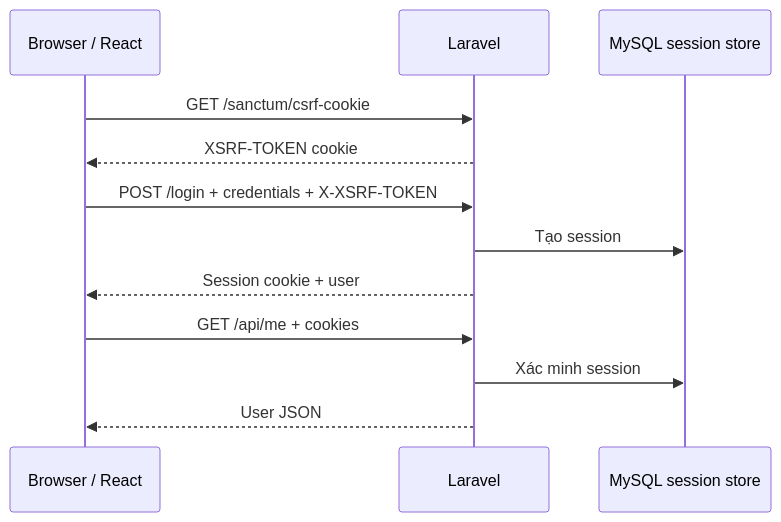
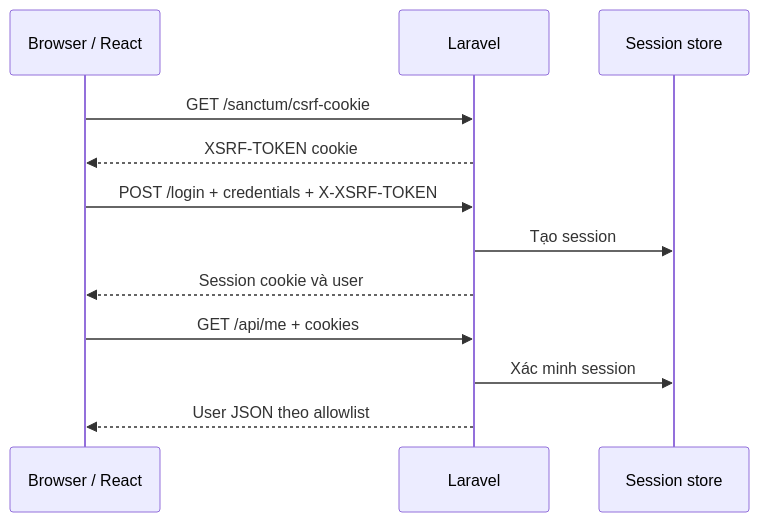
One commit to HuynhDoHoangNguyen/laravel-react-stayhub changed the second of 4 diagrams in ARCHITECTURE.md. Above: the diagram before and after it, drawn with Mermaid. The commit also changed other lines of this file and 188 other files, not shown here.

First line of the commit message:
refactor: standardize layered architecture and integrate host catalog

````diff
--- a/ARCHITECTURE.md
+++ b/ARCHITECTURE.md
@@ -512,15 +320,15 @@
-```mermaid
+~~~mermaid
 sequenceDiagram
     participant B as Browser / React
     participant L as Laravel
-    participant D as MySQL session store
+    participant D as Session store
 
     B->>L: GET /sanctum/csrf-cookie
     L-->>B: XSRF-TOKEN cookie
     B->>L: POST /login + credentials + X-XSRF-TOKEN
     L->>D: Tạo session
-    L-->>B: Session cookie + user
+    L-->>B: Session cookie và user
     B->>L: GET /api/me + cookies
     L->>D: Xác minh session
-    L-->>B: User JSON
-```
+    L-->>B: User JSON theo allowlist
+~~~
````
